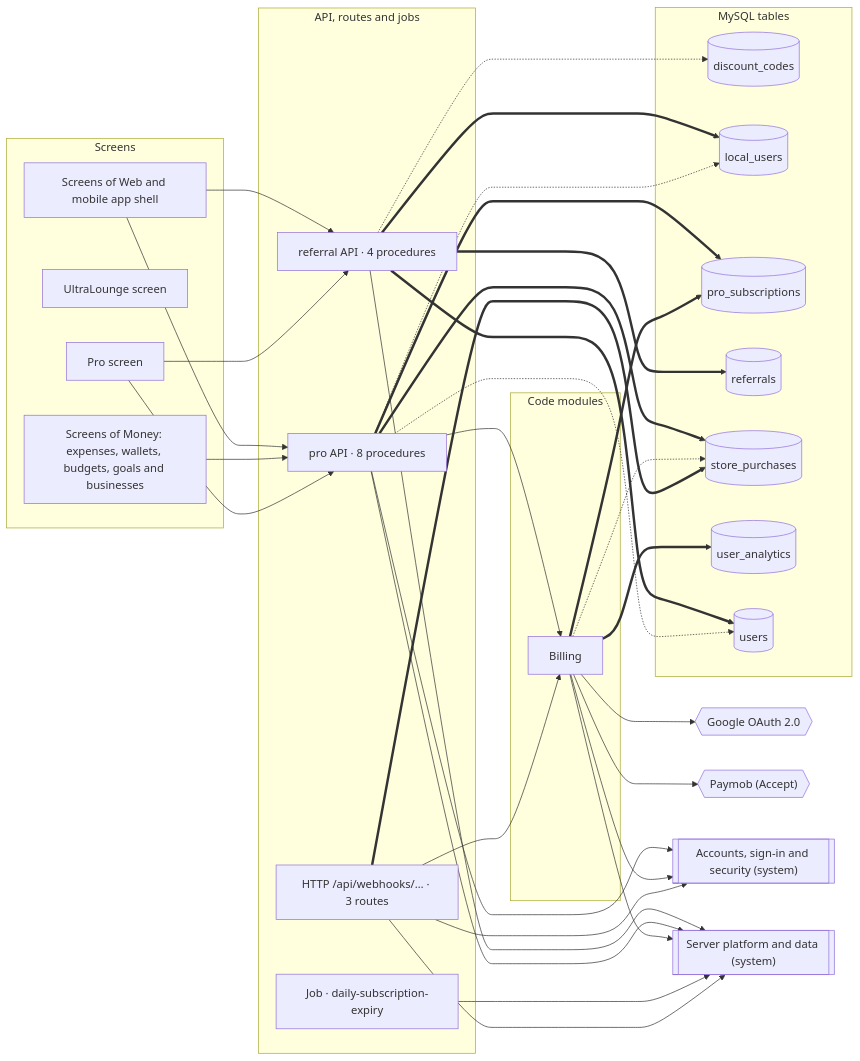
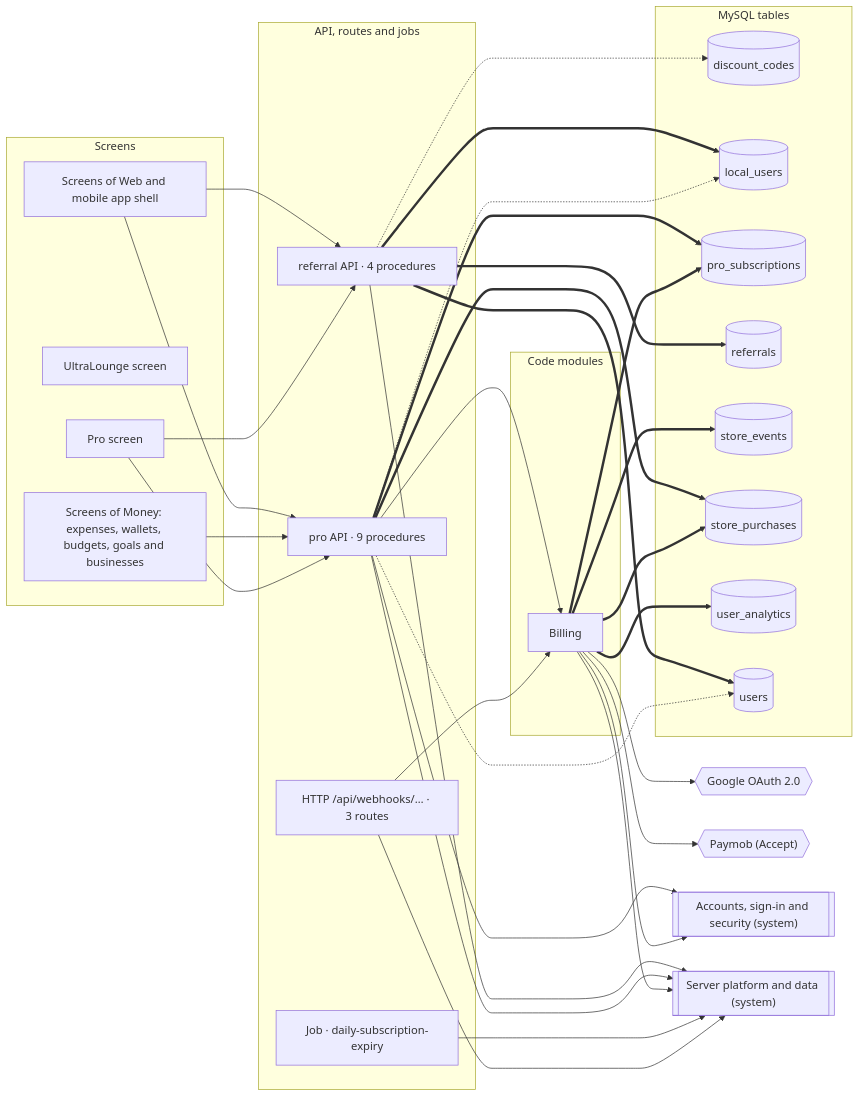
One commit to mahmoudtaherr111/smartspend_mini_all changed the first of 2 diagrams in docs/atlas/systems/billing.md. Above: the diagram before and after it, drawn with Mermaid. The commit also changed other lines of this file and 83 other files, not shown here.

First line of the commit message:
fix(billing): store subscriptions kept in MySQL and confirmed by the stores

````diff
--- a/docs/atlas/systems/billing.md
+++ b/docs/atlas/systems/billing.md
@@ -13,60 +13,60 @@
 ```mermaid
 flowchart LR
   subgraph g_screens["Screens"]
     page_Pro["Pro screen"]
     page_UltraLounge["UltraLounge screen"]
     screens_money["Screens of Money: expenses, wallets, budgets, goals and businesses"]
     screens_web_app["Screens of Web and mobile app shell"]
   end
   subgraph g_api["API, routes and jobs"]
     http__api_webhooks["HTTP /api/webhooks/… · 3 routes"]
     job_daily_subscription_expiry["Job · daily-subscription-expiry"]
-    router_pro["pro API · 8 procedures"]
+    router_pro["pro API · 9 procedures"]
     router_referral["referral API · 4 procedures"]
   end
   subgraph g_modules["Code modules"]
     mod_billing["Billing"]
   end
   subgraph g_tables["MySQL tables"]
     tbl_discount_codes[("discount_codes")]
     tbl_local_users[("local_users")]
     tbl_pro_subscriptions[("pro_subscriptions")]
     tbl_referrals[("referrals")]
+    tbl_store_events[("store_events")]
     tbl_store_purchases[("store_purchases")]
     tbl_user_analytics[("user_analytics")]
     tbl_users[("users")]
   end
   ext_google_oauth{{"Google OAuth 2.0"}}
   ext_paymob{{"Paymob (Accept)"}}
   sys_accounts[["Accounts, sign-in and security (system)"]]
   sys_platform[["Server platform and data (system)"]]
   http__api_webhooks --> mod_billing
-  http__api_webhooks --> sys_accounts
   http__api_webhooks --> sys_platform
-  http__api_webhooks ==> tbl_store_purchases
   job_daily_subscription_expiry --> sys_platform
   mod_billing --> ext_google_oauth
   mod_billing --> ext_paymob
   mod_billing --> sys_accounts
   mod_billing --> sys_platform
-  mod_billing -.-> tbl_store_purchases
   mod_billing ==> tbl_pro_subscriptions
+  mod_billing ==> tbl_store_events
+  mod_billing ==> tbl_store_purchases
   mod_billing ==> tbl_user_analytics
   page_Pro --> router_pro
   page_Pro --> router_referral
   router_pro --> mod_billing
   router_pro --> sys_accounts
   router_pro --> sys_platform
   router_pro -.-> tbl_local_users
   router_pro -.-> tbl_users
   router_pro ==> tbl_pro_subscriptions
   router_pro ==> tbl_store_purchases
   router_referral --> sys_platform
   router_referral -.-> tbl_discount_codes
   router_referral ==> tbl_local_users
   router_referral ==> tbl_referrals
   router_referral ==> tbl_users
   screens_money --> router_pro
   screens_web_app --> router_pro
   screens_web_app --> router_referral
 ```
````
